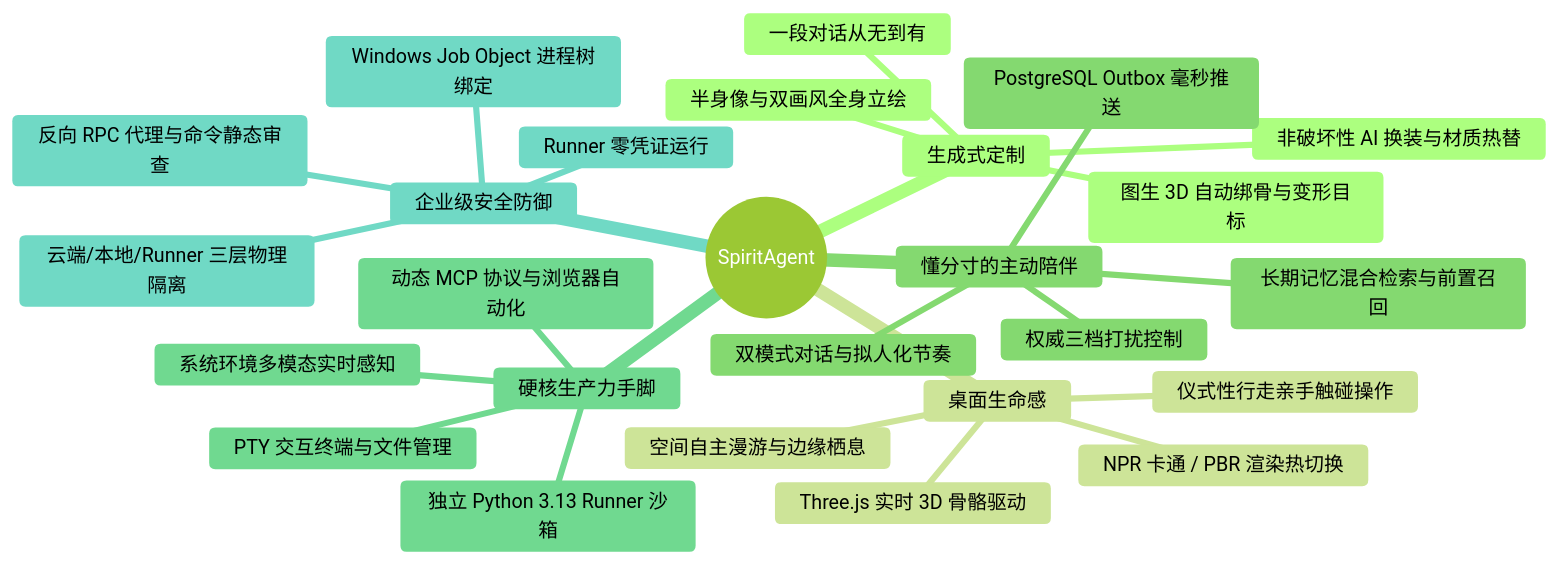
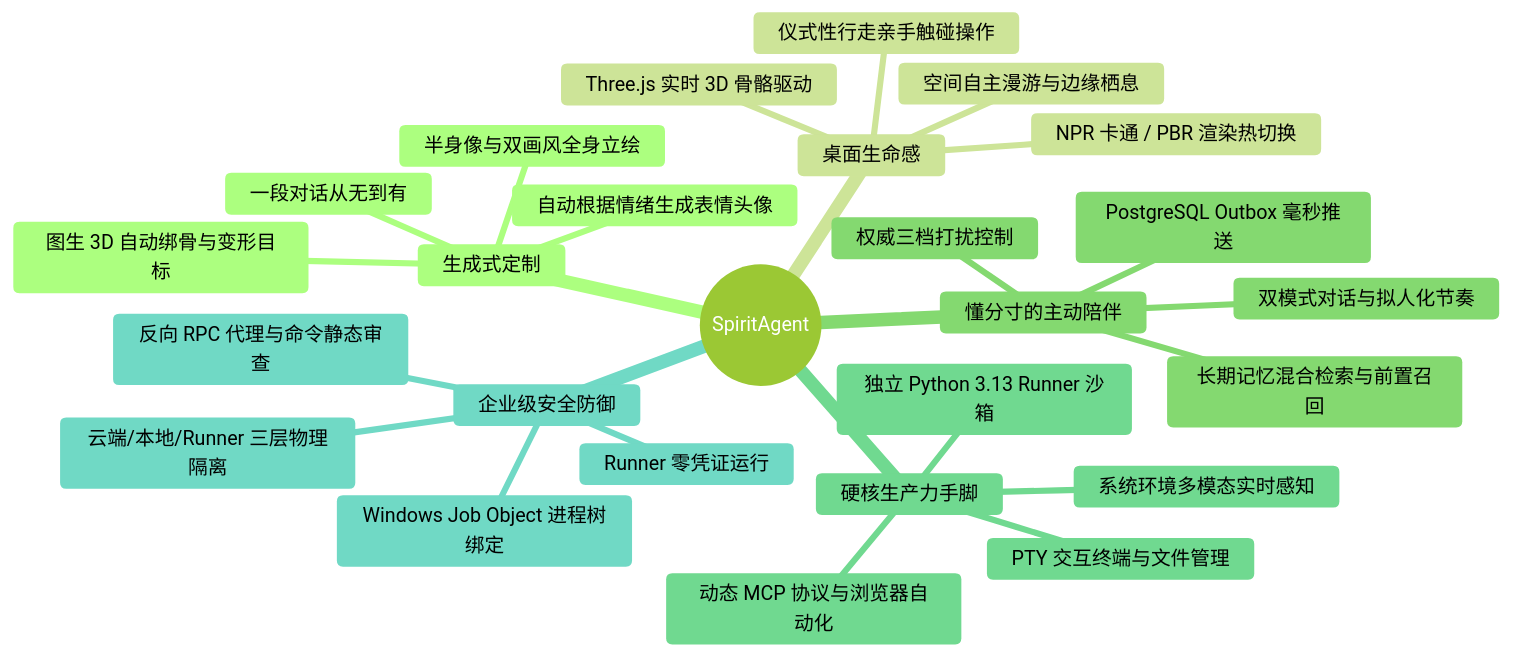
One commit to yangjinming1062/DeskAgent changed the diagram in README.md. Above: the diagram before and after it, drawn with Mermaid (forest theme). The commit also changed other lines of this file and 69 other files, not shown here.

````diff
--- a/README.md
+++ b/README.md
@@ -33,29 +33,29 @@
 ```mermaid
 mindmap
   root((SpiritAgent))
     生成式定制
       一段对话从无到有
       半身像与双画风全身立绘
       图生 3D 自动绑骨与变形目标
-      非破坏性 AI 换装与材质热替
+      自动根据情绪生成表情头像
     桌面生命感
       Three.js 实时 3D 骨骼驱动
       NPR 卡通 / PBR 渲染热切换
       空间自主漫游与边缘栖息
       仪式性行走亲手触碰操作
     懂分寸的主动陪伴
       长期记忆混合检索与前置召回
       PostgreSQL Outbox 毫秒推送
       权威三档打扰控制
       双模式对话与拟人化节奏
     硬核生产力手脚
       独立 Python 3.13 Runner 沙箱
       PTY 交互终端与文件管理
       动态 MCP 协议与浏览器自动化
       系统环境多模态实时感知
     企业级安全防御
       云端/本地/Runner 三层物理隔离
       Runner 零凭证运行
       反向 RPC 代理与命令静态审查
       Windows Job Object 进程树绑定
 ```
````
